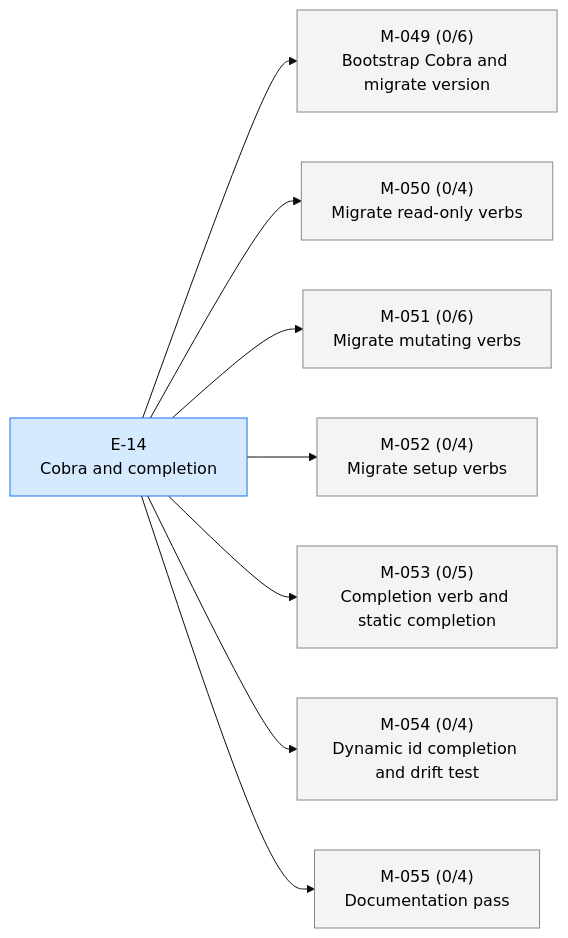
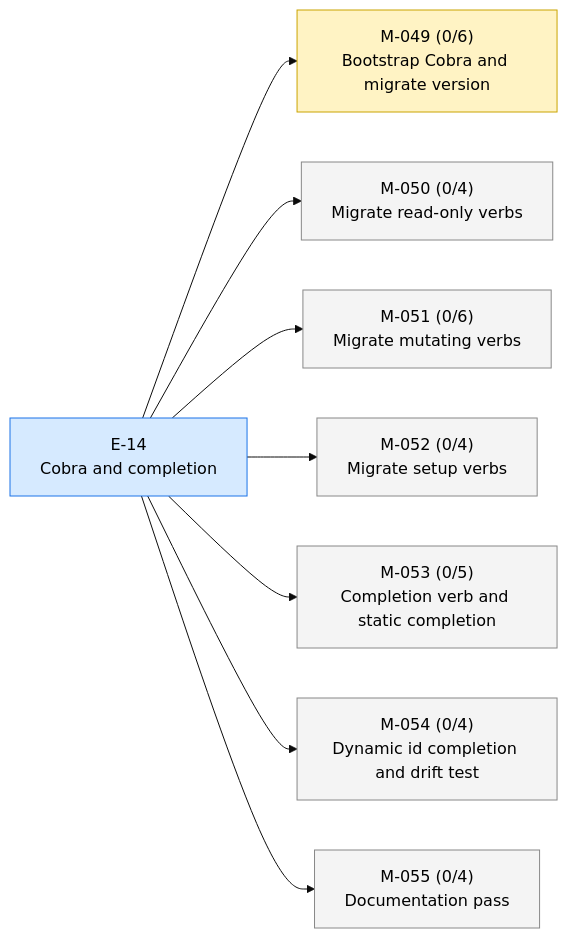
The first of 2 diagrams in STATUS.md (23min/aiwf), drawn with Mermaid (base theme) before and after one commit. The commit also changed other lines of this file and 1 other file, not shown here.

Commit message:
aiwf promote M-049 draft -> in_progress
aiwf-verb: promote
aiwf-entity: M-049
aiwf-actor: human/peter
aiwf-to: in_progress

````diff
--- a/STATUS.md
+++ b/STATUS.md
@@ -17,24 +17,24 @@
 ```mermaid
 flowchart LR
   E_14["E-14<br/>Cobra and completion"]:::epic_active
-  M_049["M-049 (0/6)<br/>Bootstrap Cobra and migrate version"]:::ms_draft
+  M_049["M-049 (0/6)<br/>Bootstrap Cobra and migrate version"]:::ms_in_progress
   E_14 --> M_049
   M_050["M-050 (0/4)<br/>Migrate read-only verbs"]:::ms_draft
   E_14 --> M_050
   M_051["M-051 (0/6)<br/>Migrate mutating verbs"]:::ms_draft
   E_14 --> M_051
   M_052["M-052 (0/4)<br/>Migrate setup verbs"]:::ms_draft
   E_14 --> M_052
   M_053["M-053 (0/5)<br/>Completion verb and static completion"]:::ms_draft
   E_14 --> M_053
   M_054["M-054 (0/4)<br/>Dynamic id completion and drift test"]:::ms_draft
   E_14 --> M_054
   M_055["M-055 (0/4)<br/>Documentation pass"]:::ms_draft
   E_14 --> M_055
   classDef epic_active fill:#d6eaff,stroke:#1a73e8,color:#000
   classDef epic_proposed fill:#f4f4f4,stroke:#888,color:#000
   classDef ms_done fill:#d8f5d8,stroke:#2a8a2a,color:#000
   classDef ms_in_progress fill:#fff3c4,stroke:#caa400,color:#000
   classDef ms_draft fill:#f4f4f4,stroke:#888,color:#000
   classDef ms_cancelled fill:#fbeaea,stroke:#c33,color:#000
 ```
````
